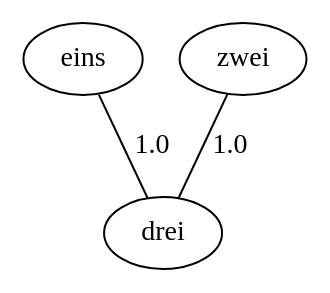
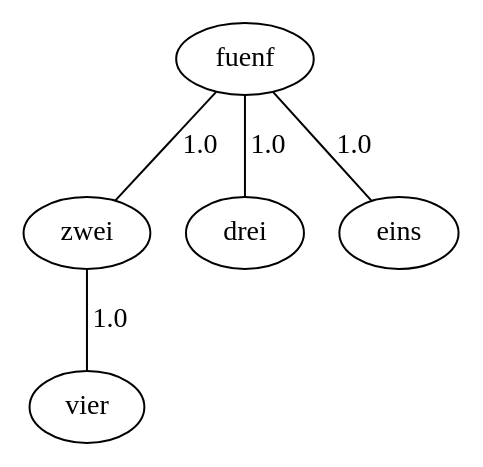
Before and after one commit to Frggle/HAW_GKA: the diagram in GKA_task3_1-5/GraphViz/graph/gespeicherterKruskal.gv, drawn with Graphviz. The commit also changed 10 other files, not shown here.

```diff
--- a/GKA_task3_1-5/GraphViz/graph/gespeicherterKruskal.gv
+++ b/GKA_task3_1-5/GraphViz/graph/gespeicherterKruskal.gv
@@ -1,7 +1,11 @@
 graph G {
-  1 [ label="eins" ];
-  2 [ label="drei" ];
-  3 [ label="zwei" ];
+  1 [ label="zwei" ];
+  2 [ label="vier" ];
+  3 [ label="fuenf" ];
+  4 [ label="drei" ];
+  5 [ label="eins" ];
   1 -- 2 [ label="1.0" ];
-  3 -- 2 [ label="1.0" ];
+  3 -- 4 [ label="1.0" ];
+  3 -- 1 [ label="1.0" ];
+  3 -- 5 [ label="1.0" ];
 }
```
